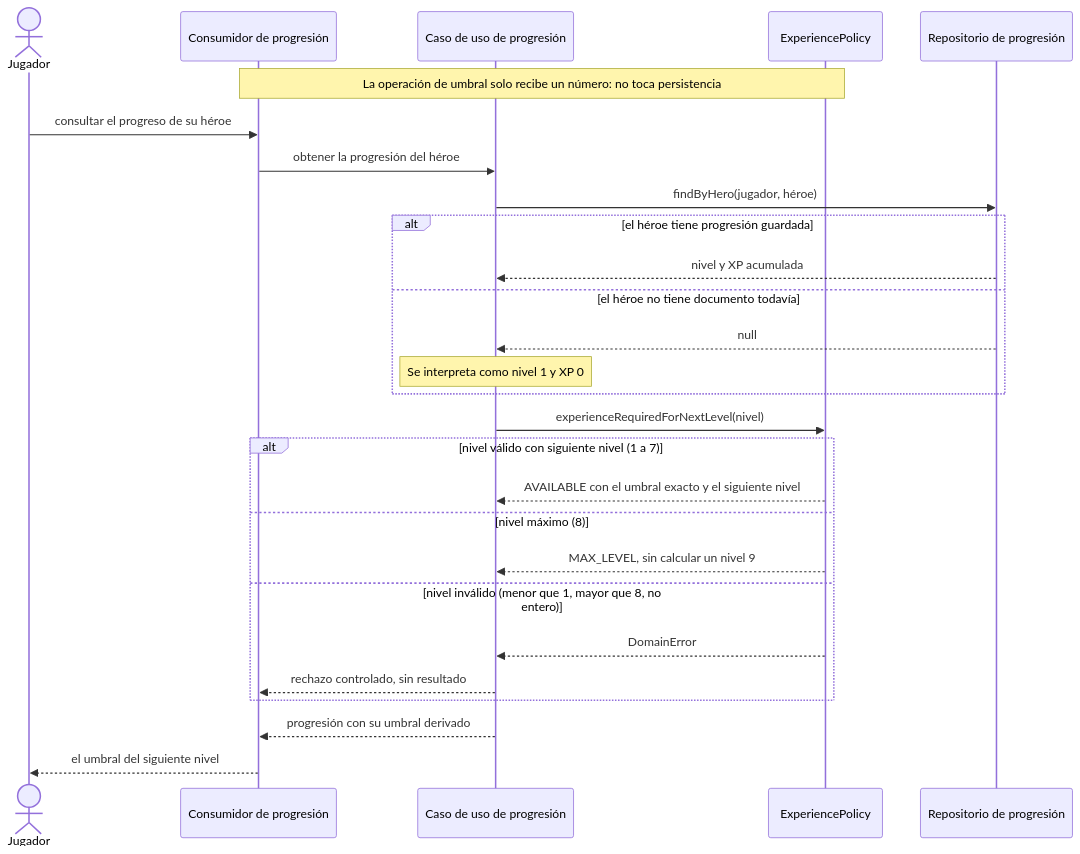
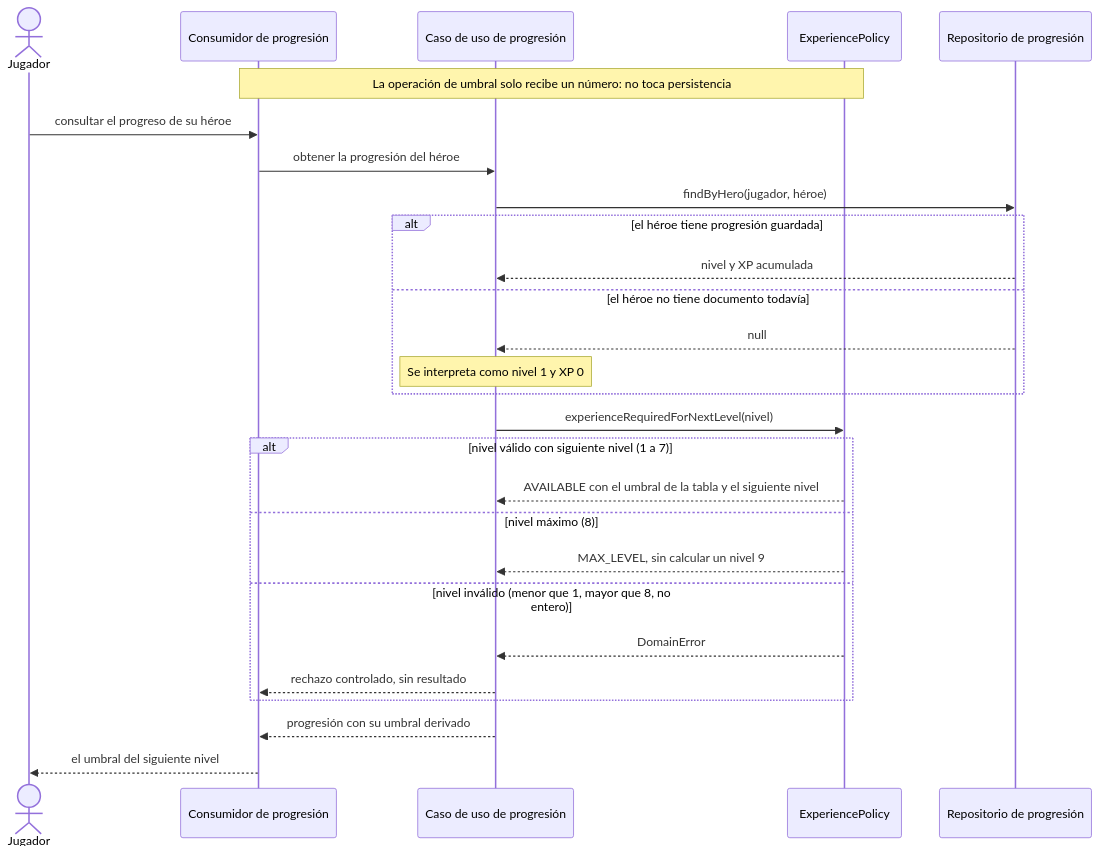
The second of 4 diagrams in docs/hu-08-progresion.md (Nexus-Battle-VI/Nexus-Battle-Player-Inventory), drawn with Mermaid before and after one commit. The commit also changed other lines of this file and 1 other file, not shown here.

````diff
--- a/docs/hu-08-progresion.md
+++ b/docs/hu-08-progresion.md
@@ -305,34 +528,34 @@
 ```mermaid
 sequenceDiagram
   actor Jugador
   participant Consumidor as Consumidor de progresión
   participant Servicio as Caso de uso de progresión
   participant Regla as ExperiencePolicy
   participant Repo as Repositorio de progresión
 
   Note over Consumidor,Regla: La operación de umbral solo recibe un número: no toca persistencia
 
   Jugador->>Consumidor: consultar el progreso de su héroe
   Consumidor->>Servicio: obtener la progresión del héroe
   Servicio->>Repo: findByHero(jugador, héroe)
   alt el héroe tiene progresión guardada
     Repo-->>Servicio: nivel y XP acumulada
   else el héroe no tiene documento todavía
     Repo-->>Servicio: null
     Note over Servicio: Se interpreta como nivel 1 y XP 0
   end
 
   Servicio->>Regla: experienceRequiredForNextLevel(nivel)
 
   alt nivel válido con siguiente nivel (1 a 7)
-    Regla-->>Servicio: AVAILABLE con el umbral exacto y el siguiente nivel
+    Regla-->>Servicio: AVAILABLE con el umbral de la tabla y el siguiente nivel
   else nivel máximo (8)
     Regla-->>Servicio: MAX_LEVEL, sin calcular un nivel 9
   else nivel inválido (menor que 1, mayor que 8, no entero)
     Regla-->>Servicio: DomainError
     Servicio-->>Consumidor: rechazo controlado, sin resultado
   end
 
   Servicio-->>Consumidor: progresión con su umbral derivado
   Consumidor-->>Jugador: el umbral del siguiente nivel
 ```
````
